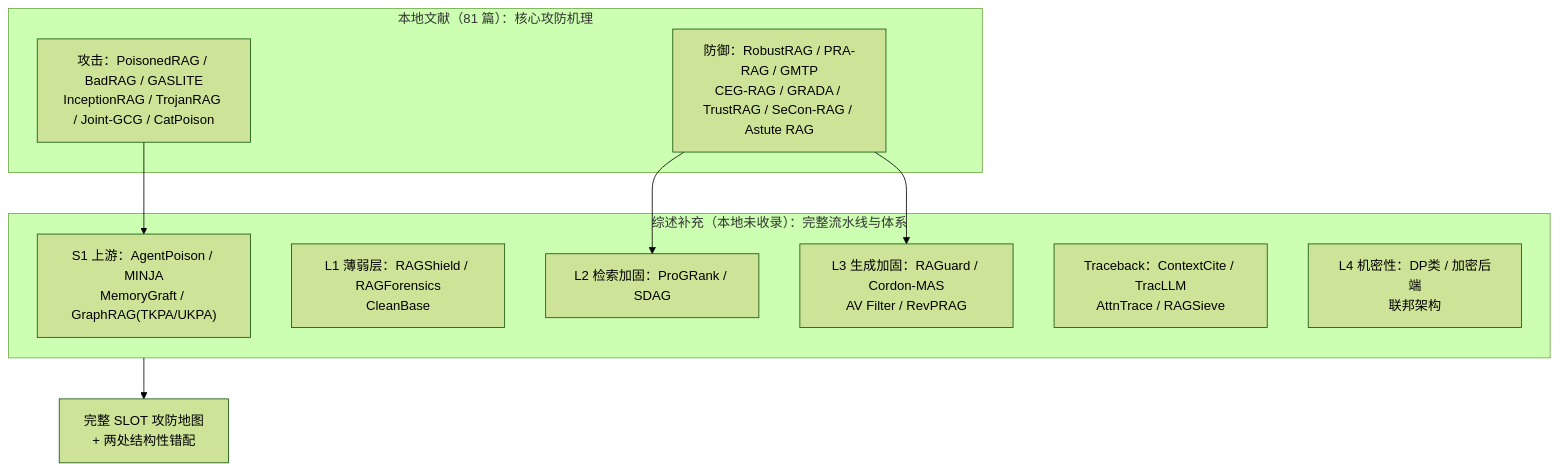
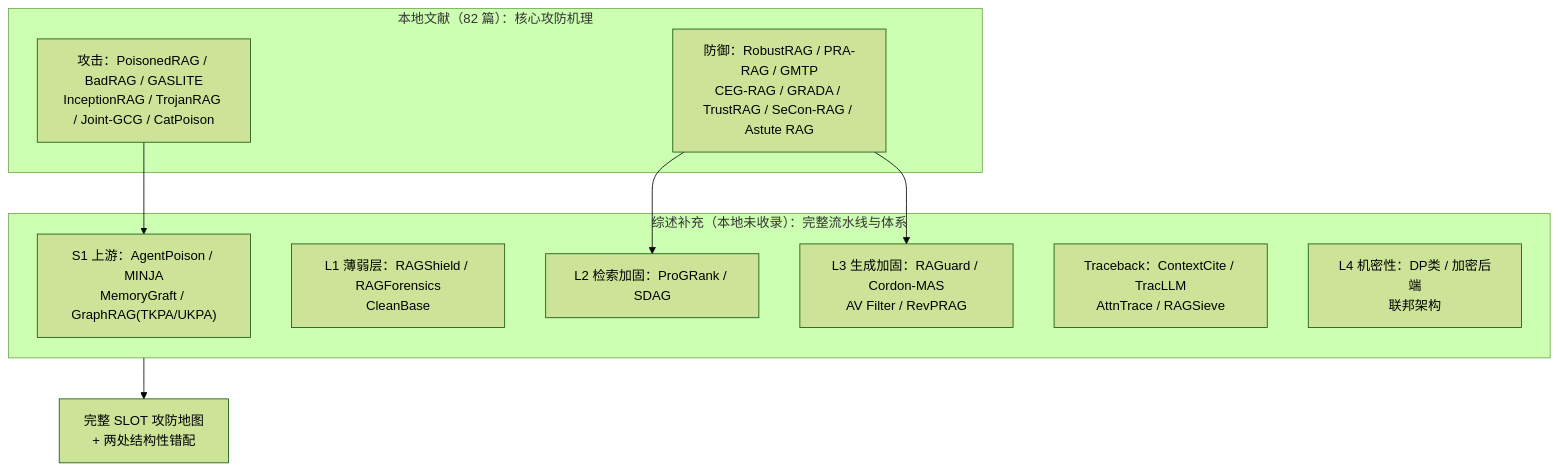
The third of 3 diagrams in docs/RAG安全文献攻防技术手段总结报告.md (fgfgfdg8/graduate_thesis_proposal), drawn with Mermaid (forest theme) before and after one commit. The commit also changed other lines of this file, not shown here.

````diff
--- a/docs/RAG安全文献攻防技术手段总结报告.md
+++ b/docs/RAG安全文献攻防技术手段总结报告.md
@@ -1493,19 +1515,19 @@
 ```mermaid
 flowchart TB
-    subgraph ORIG["本地文献（81 篇）：核心攻防机理"]
+    subgraph ORIG["本地文献（82 篇）：核心攻防机理"]
         O1["攻击：PoisonedRAG / BadRAG / GASLITE<br/>InceptionRAG / TrojanRAG / Joint-GCG / CatPoison"]
         O2["防御：RobustRAG / PRA-RAG / GMTP<br/>CEG-RAG / GRADA / TrustRAG / SeCon-RAG / Astute RAG"]
     end
     subgraph NEW["综述补充（本地未收录）：完整流水线与体系"]
         N1["S1 上游：AgentPoison / MINJA<br/>MemoryGraft / GraphRAG(TKPA/UKPA)"]
         N2["L1 薄弱层：RAGShield / RAGForensics<br/>CleanBase"]
         N3["L2 检索加固：ProGRank / SDAG"]
         N4["L3 生成加固：RAGuard / Cordon-MAS<br/>AV Filter / RevPRAG"]
         N5["Traceback：ContextCite / TracLLM<br/>AttnTrace / RAGSieve"]
         N6["L4 机密性：DP类 / 加密后端<br/>联邦架构"]
     end
     O1 --> N1
     O2 --> N3
     O2 --> N4
     NEW --> C["完整 SLOT 攻防地图<br/>+ 两处结构性错配"]
 ```
````
